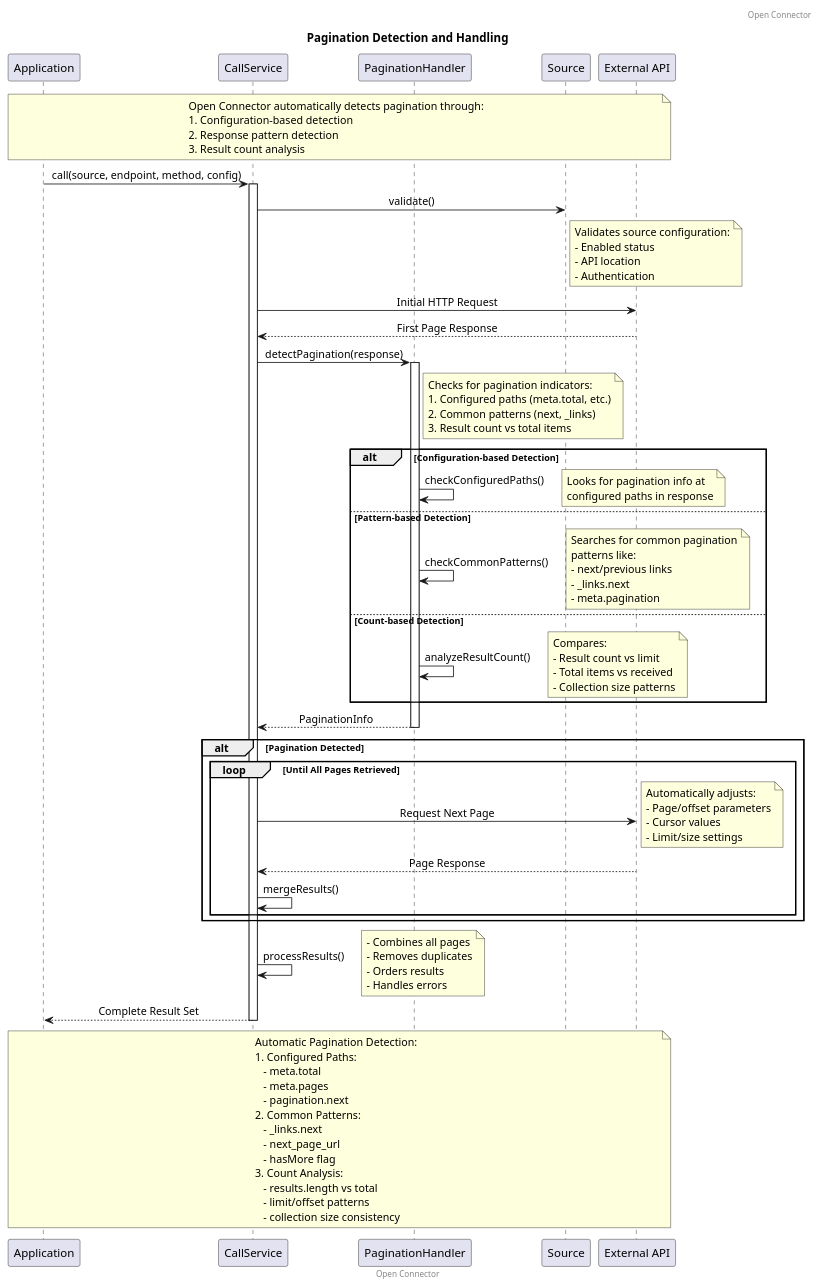
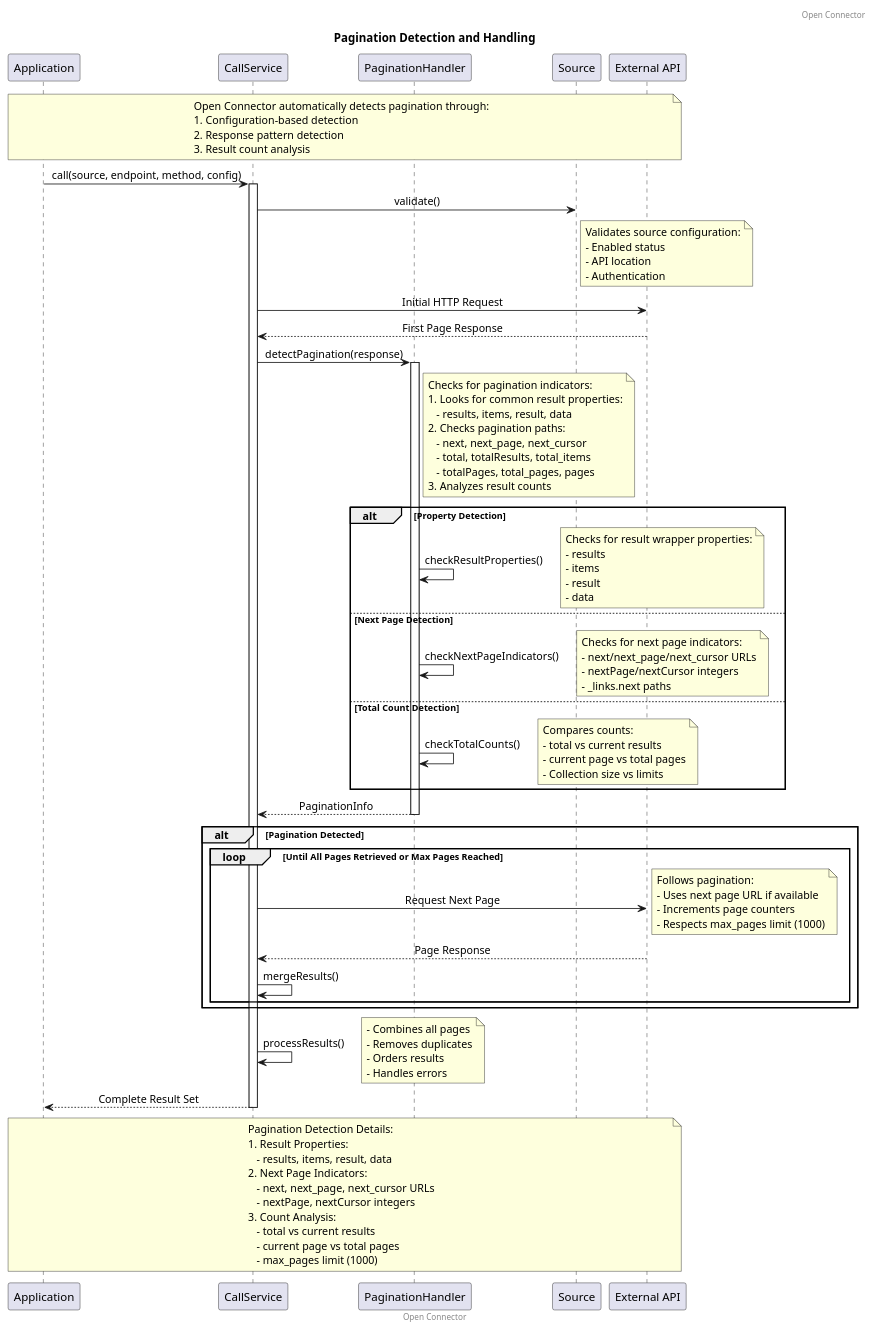
Before and after one commit to remko48/openconnector: the diagram in website/docs/diagrams/source_pagination.puml, drawn with PlantUML. The commit also changed 1 other file, not shown here.

Commit message:
Lets go do some pagination

```diff
--- a/website/docs/diagrams/source_pagination.puml
+++ b/website/docs/diagrams/source_pagination.puml
@@ -1,115 +1,118 @@
 @startuml
 title Pagination Detection and Handling
 footer: Open Connector
 header: Open Connector
 
 participant "Application" as App
 participant "CallService" as CS
 participant "PaginationHandler" as PH
 participant "Source" as S
 participant "External API" as API
 
 skinparam sequenceMessageAlign center
 skinparam responseMessageBelowArrow true
 
 note over App, API
   Open Connector automatically detects pagination through:
   1. Configuration-based detection
   2. Response pattern detection
   3. Result count analysis
 endnote
 
 App -> CS: call(source, endpoint, method, config)
 activate CS
 
 CS -> S: validate()
 note right of S
   Validates source configuration:
   - Enabled status
   - API location
   - Authentication
 endnote
 
 CS -> API: Initial HTTP Request
 API --> CS: First Page Response
 
 CS -> PH: detectPagination(response)
 activate PH
 
 note right of PH
   Checks for pagination indicators:
-  1. Configured paths (meta.total, etc.)
-  2. Common patterns (next, _links)
-  3. Result count vs total items
+  1. Looks for common result properties:
+     - results, items, result, data
+  2. Checks pagination paths:
+     - next, next_page, next_cursor
+     - total, totalResults, total_items
+     - totalPages, total_pages, pages
+  3. Analyzes result counts
 endnote
 
-alt Configuration-based Detection
-    PH -> PH: checkConfiguredPaths()
+alt Property Detection
+    PH -> PH: checkResultProperties()
     note right
-      Looks for pagination info at
-      configured paths in response
+      Checks for result wrapper properties:
+      - results
+      - items
+      - result 
+      - data
     endnote
-else Pattern-based Detection
-    PH -> PH: checkCommonPatterns()
+else Next Page Detection
+    PH -> PH: checkNextPageIndicators()
     note right
-      Searches for common pagination
-      patterns like:
-      - next/previous links
-      - _links.next
-      - meta.pagination
+      Checks for next page indicators:
+      - next/next_page/next_cursor URLs
+      - nextPage/nextCursor integers
+      - _links.next paths
     endnote
-else Count-based Detection
-    PH -> PH: analyzeResultCount()
+else Total Count Detection
+    PH -> PH: checkTotalCounts()
     note right
-      Compares:
-      - Result count vs limit
-      - Total items vs received
-      - Collection size patterns
+      Compares counts:
+      - total vs current results
+      - current page vs total pages
+      - Collection size vs limits
     endnote
 end
 
 PH --> CS: PaginationInfo
 deactivate PH
 
 alt Pagination Detected
-    loop Until All Pages Retrieved
+    loop Until All Pages Retrieved or Max Pages Reached
         CS -> API: Request Next Page
         note right
-          Automatically adjusts:
-          - Page/offset parameters
-          - Cursor values
-          - Limit/size settings
+          Follows pagination:
+          - Uses next page URL if available
+          - Increments page counters
+          - Respects max_pages limit (1000)
         endnote
         API --> CS: Page Response
         CS -> CS: mergeResults()
     end
 end
 
 CS -> CS: processResults()
 note right
   - Combines all pages
   - Removes duplicates
   - Orders results
   - Handles errors
 endnote
 
 CS --> App: Complete Result Set
 deactivate CS
 
 note over App, API
-  Automatic Pagination Detection:
-  1. Configured Paths:
-     - meta.total
-     - meta.pages
-     - pagination.next
-  2. Common Patterns:
-     - _links.next
-     - next_page_url
-     - hasMore flag
+  Pagination Detection Details:
+  1. Result Properties:
+     - results, items, result, data
+  2. Next Page Indicators:
+     - next, next_page, next_cursor URLs
+     - nextPage, nextCursor integers
   3. Count Analysis:
-     - results.length vs total
-     - limit/offset patterns
-     - collection size consistency
+     - total vs current results
+     - current page vs total pages
+     - max_pages limit (1000)
 endnote
 
 @enduml
```
